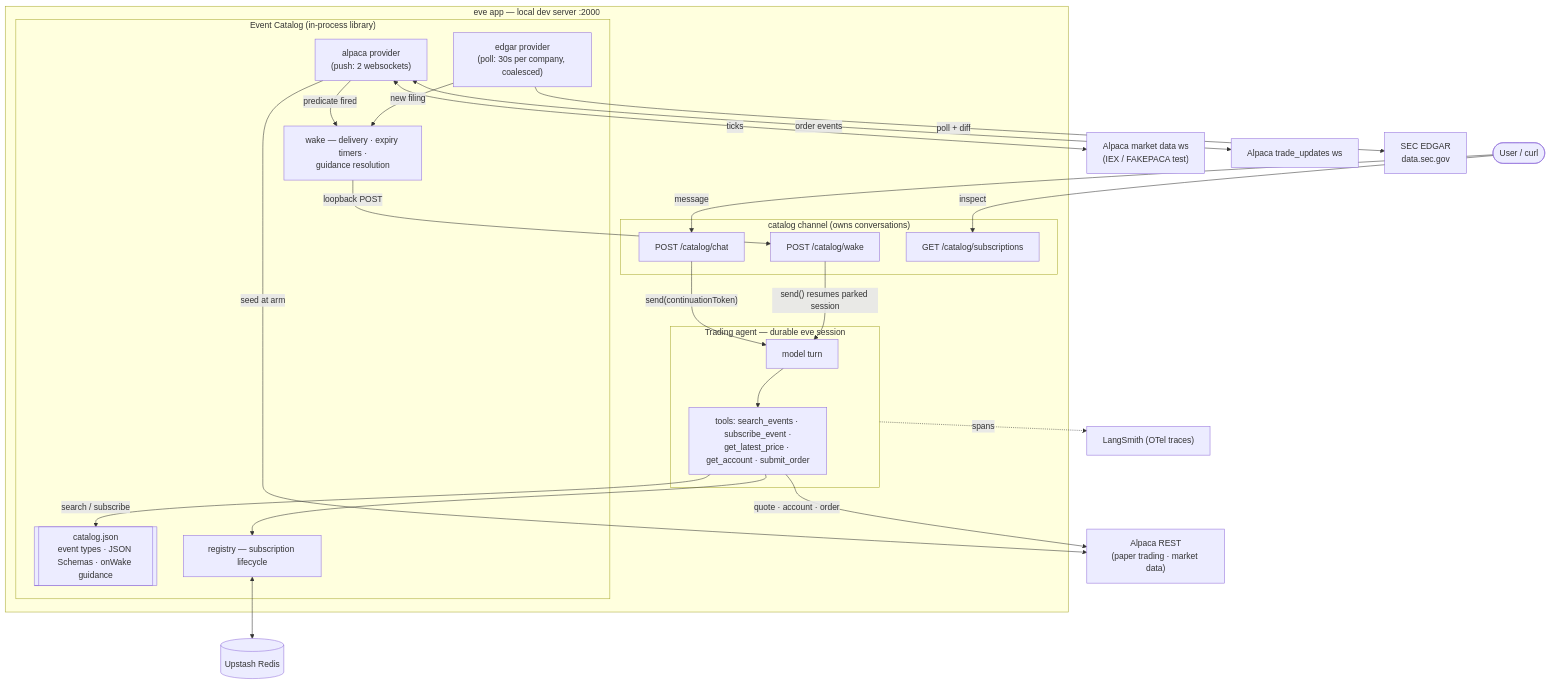
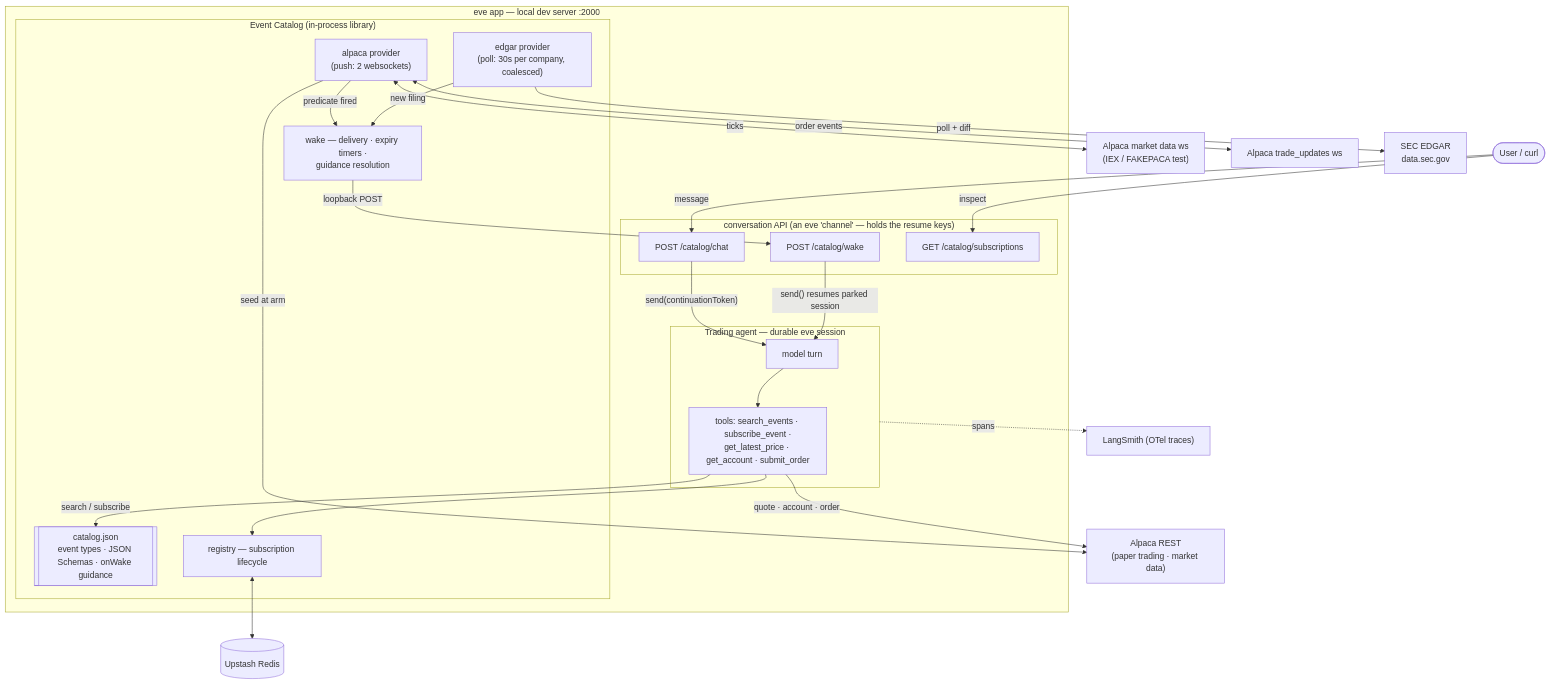
Before and after one commit to pcomans/eve-event-catalog: the second of 4 diagrams in README.md, drawn with Mermaid. The commit also changed other lines of this file and 1 other file, not shown here.

Commit message:
README: de-jargon 'channel' — /catalog/chat is just how you talk to the agent; sweep stale approval refs

````diff
--- a/README.md
+++ b/README.md
@@ -56,50 +55,50 @@
 ```mermaid
 flowchart TB
     User(["User / curl"])
 
     subgraph app["eve app — local dev server :2000"]
-        subgraph channel["catalog channel (owns conversations)"]
+        subgraph channel["conversation API (an eve 'channel' — holds the resume keys)"]
             CHAT["POST /catalog/chat"]
             WAKE["POST /catalog/wake"]
             SUBS["GET /catalog/subscriptions"]
         end
 
         subgraph agent["Trading agent — durable eve session"]
             LLM["model turn"]
             TOOLS["tools: search_events · subscribe_event ·<br/>get_latest_price · get_account · submit_order"]
         end
 
         subgraph catalog["Event Catalog (in-process library)"]
             CJ[["catalog.json<br/>event types · JSON Schemas · onWake guidance"]]
             REG["registry — subscription lifecycle"]
             WK["wake — delivery · expiry timers ·<br/>guidance resolution"]
             ALP["alpaca provider<br/>(push: 2 websockets)"]
             EDG["edgar provider<br/>(poll: 30s per company, coalesced)"]
         end
     end
 
     REDIS[("Upstash Redis")]
     MDATA["Alpaca market data ws<br/>(IEX / FAKEPACA test)"]
     TUPD["Alpaca trade_updates ws"]
     AREST["Alpaca REST<br/>(paper trading · market data)"]
     SEC["SEC EDGAR<br/>data.sec.gov"]
     LS["LangSmith (OTel traces)"]
 
     User -->|"message"| CHAT
     CHAT -->|"send(continuationToken)"| LLM
     LLM --> TOOLS
     TOOLS -->|"search / subscribe"| CJ
     TOOLS --> REG
     TOOLS -->|"quote · account · order"| AREST
     REG <--> REDIS
     ALP <-->|ticks| MDATA
     ALP <-->|"order events"| TUPD
     ALP -->|"seed at arm"| AREST
     EDG -->|"poll + diff"| SEC
     ALP -->|"predicate fired"| WK
     EDG -->|"new filing"| WK
     WK -->|"loopback POST"| WAKE
     WAKE -->|"send() resumes parked session"| LLM
     agent -.->|"spans"| LS
     User -->|"inspect"| SUBS
 ```
````
